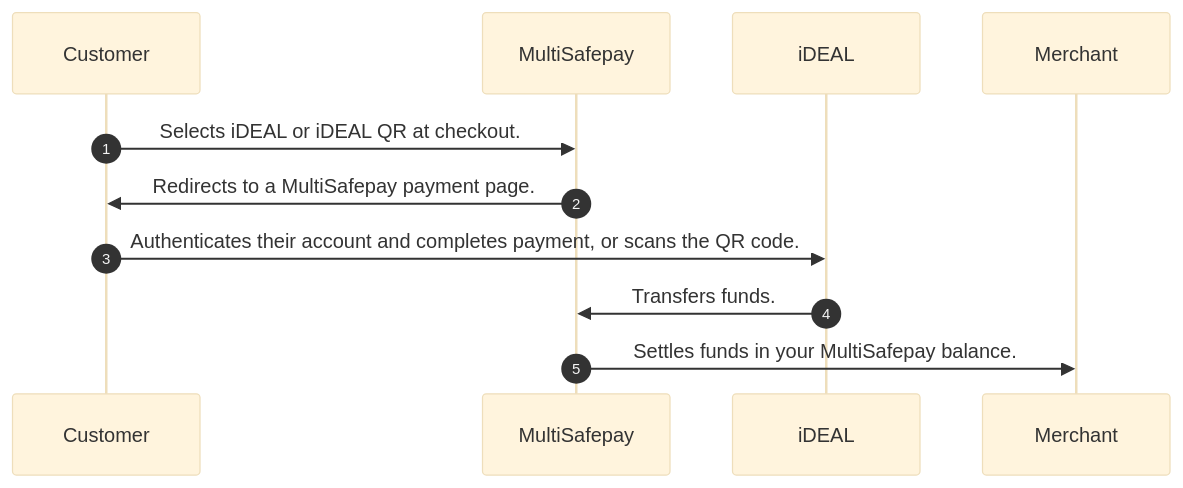
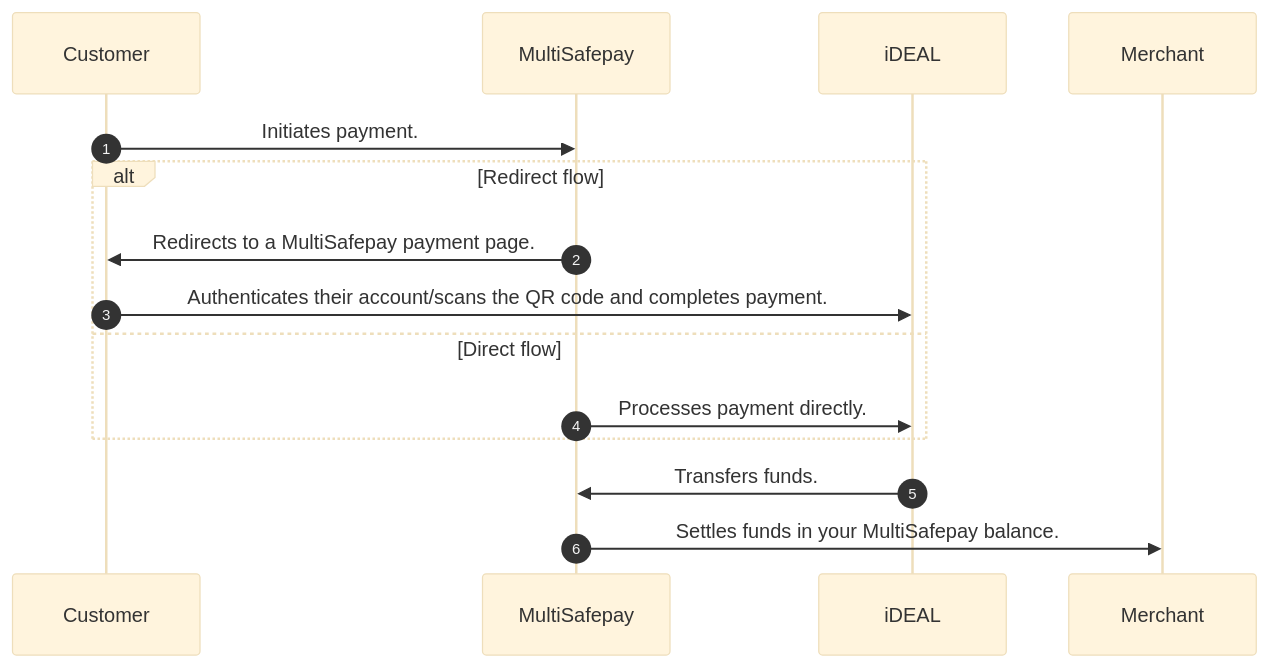
One commit to MultiSafepay/docs changed the diagram in content/payments/methods/banks/ideal/payment-flow.md. Above: the diagram before and after it, drawn with Mermaid (base theme). The commit also changed other lines of this file and 38 other files, not shown here.

```diff
--- a/content/payments/methods/banks/ideal/payment-flow.md
+++ b/content/payments/methods/banks/ideal/payment-flow.md
@@ -17,16 +17,20 @@
 {{< mermaid class="text-center" >}}
 
 sequenceDiagram
     autonumber
     participant C as Customer
     participant Mu as MultiSafepay
     participant I as iDEAL
     participant Me as Merchant
 
-    C->>Mu: Selects iDEAL or iDEAL QR at checkout.
+    C->>Mu: Initiates payment.
+    alt Redirect flow
     Mu->>C: Redirects to a MultiSafepay payment page.
-    C->>I: Authenticates their account and completes payment, or scans the QR code.
+    C->>I: Authenticates their account/scans the QR code and completes payment.
+    else Direct flow
+    Mu->>I: Processes payment directly.
+    end
     I->>Mu: Transfers funds. 
     Mu->>Me: Settles funds in your MultiSafepay balance.
 
 {{< /mermaid >}}
```
